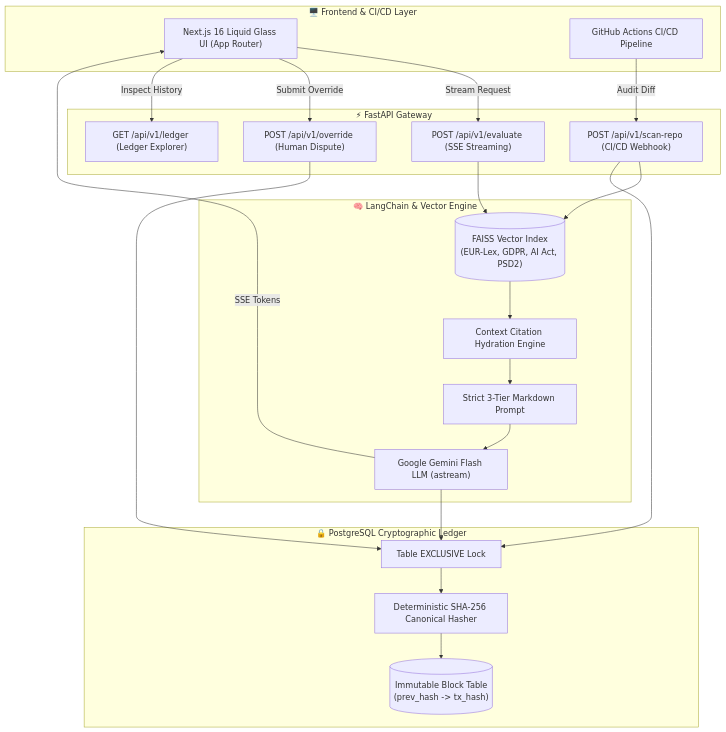
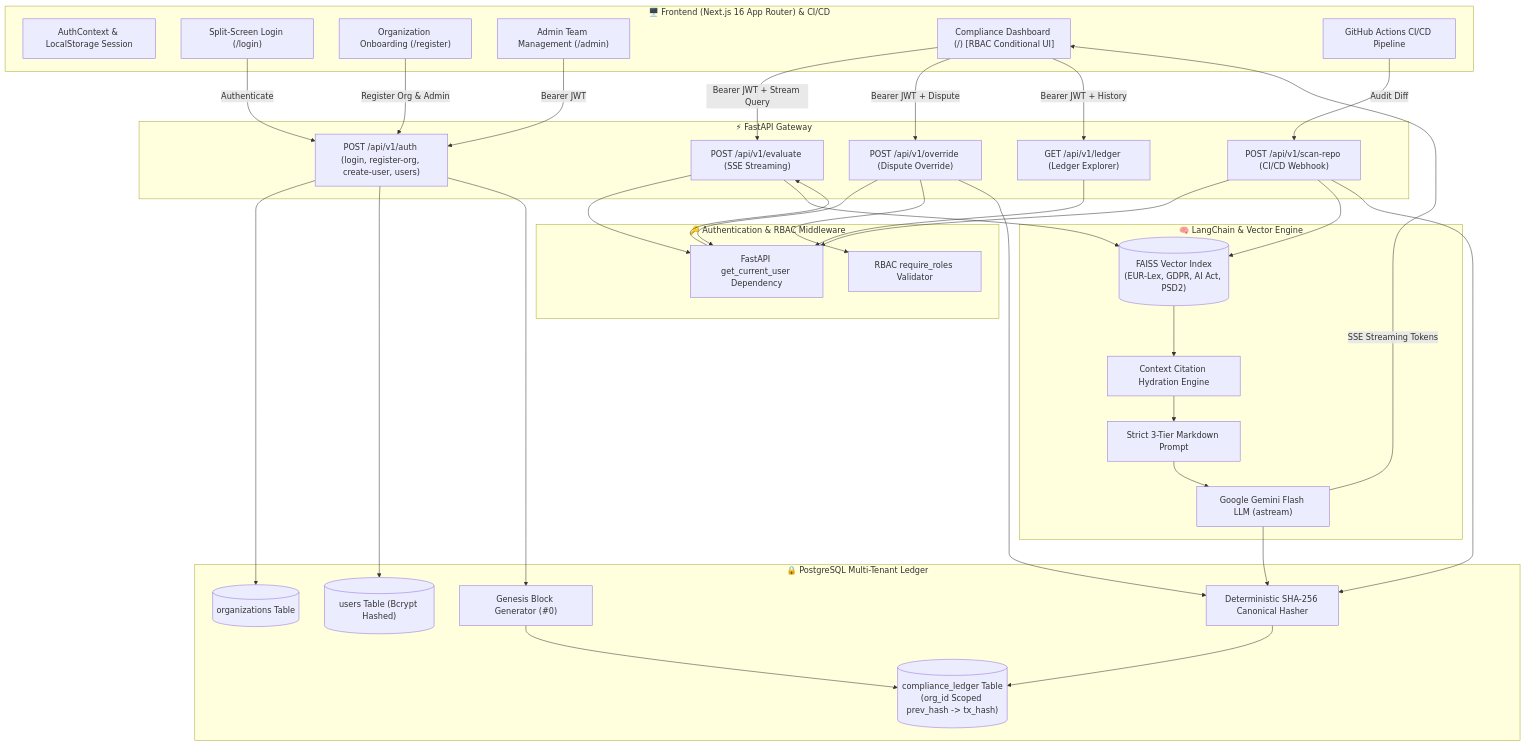
The diagram in README.md (Zainetic/FinSight-RAG-Powered-Financial-Regulation-Assistant), drawn with Mermaid before and after one commit. The commit also changed other lines of this file, not shown here.

````diff
--- a/README.md
+++ b/README.md
@@ -28,46 +47,71 @@
 ```mermaid
 flowchart TD
-    subgraph ClientLayer["🖥️ Frontend & CI/CD Layer"]
-        UI["Next.js 16 Liquid Glass UI (App Router)"]
+    subgraph ClientLayer["🖥️ Frontend (Next.js 16 App Router) & CI/CD"]
+        AUTH_CTX["AuthContext & LocalStorage Session"]
+        LOGIN_UI["Split-Screen Login (/login)"]
+        REG_UI["Organization Onboarding (/register)"]
+        ADMIN_UI["Admin Team Management (/admin)"]
+        DASH_UI["Compliance Dashboard (/) [RBAC Conditional UI]"]
         GHA["GitHub Actions CI/CD Pipeline"]
     end
 
+    subgraph AuthLayer["🔑 Authentication & RBAC Middleware"]
+        JWT_GUARD["FastAPI get_current_user Dependency"]
+        ROLE_GUARD["RBAC require_roles Validator"]
+    end
+
     subgraph APILayer["⚡ FastAPI Gateway"]
-        EVAL["POST /api/v1/evaluate (SSE Streaming)"]
-        SCAN["POST /api/v1/scan-repo (CI/CD Webhook)"]
-        OVER["POST /api/v1/override (Human Dispute)"]
-        LEDG["GET /api/v1/ledger (Ledger Explorer)"]
+        AUTH_EP["POST /api/v1/auth (login, register-org, create-user, users)"]
+        EVAL_EP["POST /api/v1/evaluate (SSE Streaming)"]
+        SCAN_EP["POST /api/v1/scan-repo (CI/CD Webhook)"]
+        OVER_EP["POST /api/v1/override (Dispute Override)"]
+        LEDG_EP["GET /api/v1/ledger (Ledger Explorer)"]
     end
 
     subgraph RAGLayer["🧠 LangChain & Vector Engine"]
         FAISS[("FAISS Vector Index\n(EUR-Lex, GDPR, AI Act, PSD2)")]
         PROMPT["Strict 3-Tier Markdown Prompt"]
         LLM["Google Gemini Flash LLM (astream)"]
         HYDRATE["Context Citation Hydration Engine"]
     end
 
-    subgraph LedgerLayer["🔒 PostgreSQL Cryptographic Ledger"]
-        LOCK["Table EXCLUSIVE Lock"]
+    subgraph LedgerLayer["🔒 PostgreSQL Multi-Tenant Ledger"]
+        ORGS[("organizations Table")]
+        USERS[("users Table (Bcrypt Hashed)")]
+        GENESIS["Genesis Block Generator (#0)"]
         HASH["Deterministic SHA-256 Canonical Hasher"]
-        CHAIN[("Immutable Block Table\n(prev_hash -> tx_hash)")]
+        CHAIN[("compliance_ledger Table\n(org_id Scoped prev_hash -> tx_hash)")]
     end
 
-    UI -->|Stream Request| EVAL
-    GHA -->|Audit Diff| SCAN
-    UI -->|Submit Override| OVER
-    UI -->|Inspect History| LEDG
+    LOGIN_UI -->|Authenticate| AUTH_EP
+    REG_UI -->|Register Org & Admin| AUTH_EP
+    ADMIN_UI -->|Bearer JWT| AUTH_EP
+    DASH_UI -->|Bearer JWT + Stream Query| EVAL_EP
+    DASH_UI -->|Bearer JWT + Dispute| OVER_EP
+    DASH_UI -->|Bearer JWT + History| LEDG_EP
+    GHA -->|Audit Diff| SCAN_EP
 
-    EVAL --> FAISS
-    SCAN --> FAISS
+    AUTH_EP --> ORGS
+    AUTH_EP --> USERS
+    AUTH_EP --> GENESIS
+    GENESIS --> CHAIN
+
+    EVAL_EP --> JWT_GUARD
+    OVER_EP --> JWT_GUARD
+    OVER_EP --> ROLE_GUARD
+    LEDG_EP --> JWT_GUARD
+    SCAN_EP --> JWT_GUARD
+
+    JWT_GUARD --> EVAL_EP
+    EVAL_EP --> FAISS
+    SCAN_EP --> FAISS
     FAISS --> HYDRATE
     HYDRATE --> PROMPT
     PROMPT --> LLM
 
-    LLM -->|SSE Tokens| UI
-    LLM --> LOCK
-    OVER --> LOCK
-    SCAN --> LOCK
-
-    LOCK --> HASH
+    LLM -->|SSE Streaming Tokens| DASH_UI
+    LLM --> HASH
+    OVER_EP --> HASH
+    SCAN_EP --> HASH
     HASH --> CHAIN
 ```
````
